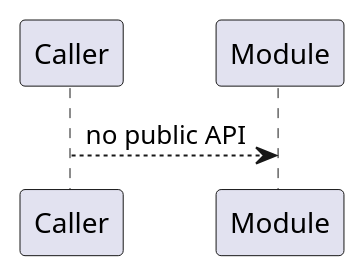
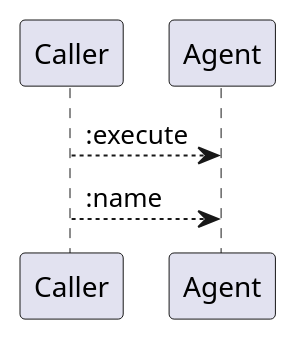
One commit to lgcorzo/rust_CACD_autonomous_factory changed the fifth of 6 diagrams in openwiki/crates_factory_application_src_lib.md. Above: the diagram before and after it, drawn with PlantUML. The commit also changed other lines of this file and 96 other files, not shown here.

````diff
--- a/openwiki/crates_factory_application_src_lib.md
+++ b/openwiki/crates_factory_application_src_lib.md
@@ -125,6 +185,7 @@
 ```plantuml
 @startuml
-Caller --> Module : no public API
+Caller --> Agent::execute
+Caller --> Agent::name
 @enduml
 
 ```
````
